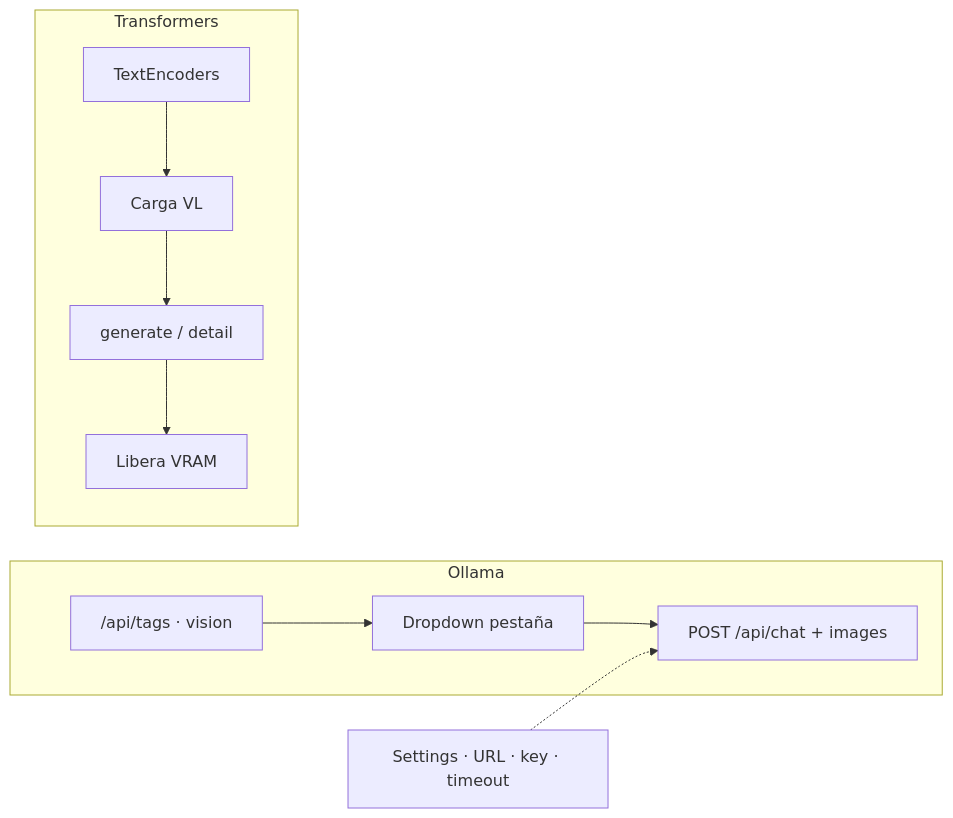
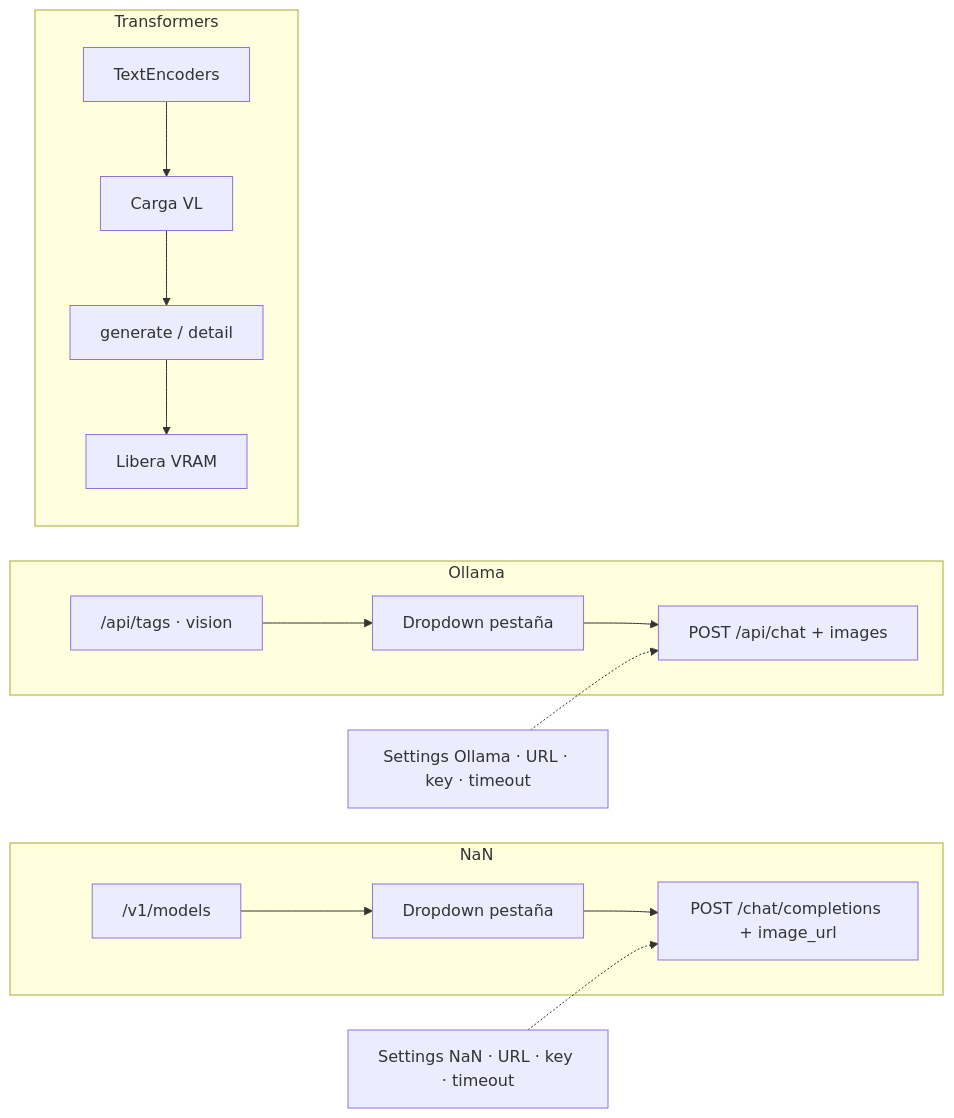
Before and after one commit to pcgarat/sd-forge-img2prompt: the third of 3 diagrams in README.md, drawn with Mermaid. The commit also changed other lines of this file and 10 other files, not shown here.

````diff
--- a/README.md
+++ b/README.md
@@ -97,15 +108,21 @@
 ```mermaid
 flowchart LR
+  subgraph nan_path [NaN]
+    Models["/v1/models"] --> DDN[Dropdown pestaña]
+    DDN --> NanChat["POST /chat/completions + image_url"]
+  end
+
   subgraph ollama_path [Ollama]
     Tags["/api/tags · vision"] --> DD[Dropdown pestaña]
     DD --> Chat["POST /api/chat + images"]
   end
 
   subgraph hf_path [Transformers]
     Disk[TextEncoders] --> Load[Carga VL]
     Load --> Gen[generate / detail]
     Gen --> Unload[Libera VRAM]
   end
 
-  Settings[Settings · URL · key · timeout] -.-> Chat
+  SettingsNaN[Settings NaN · URL · key · timeout] -.-> NanChat
+  Settings[Settings Ollama · URL · key · timeout] -.-> Chat
 ```
````
